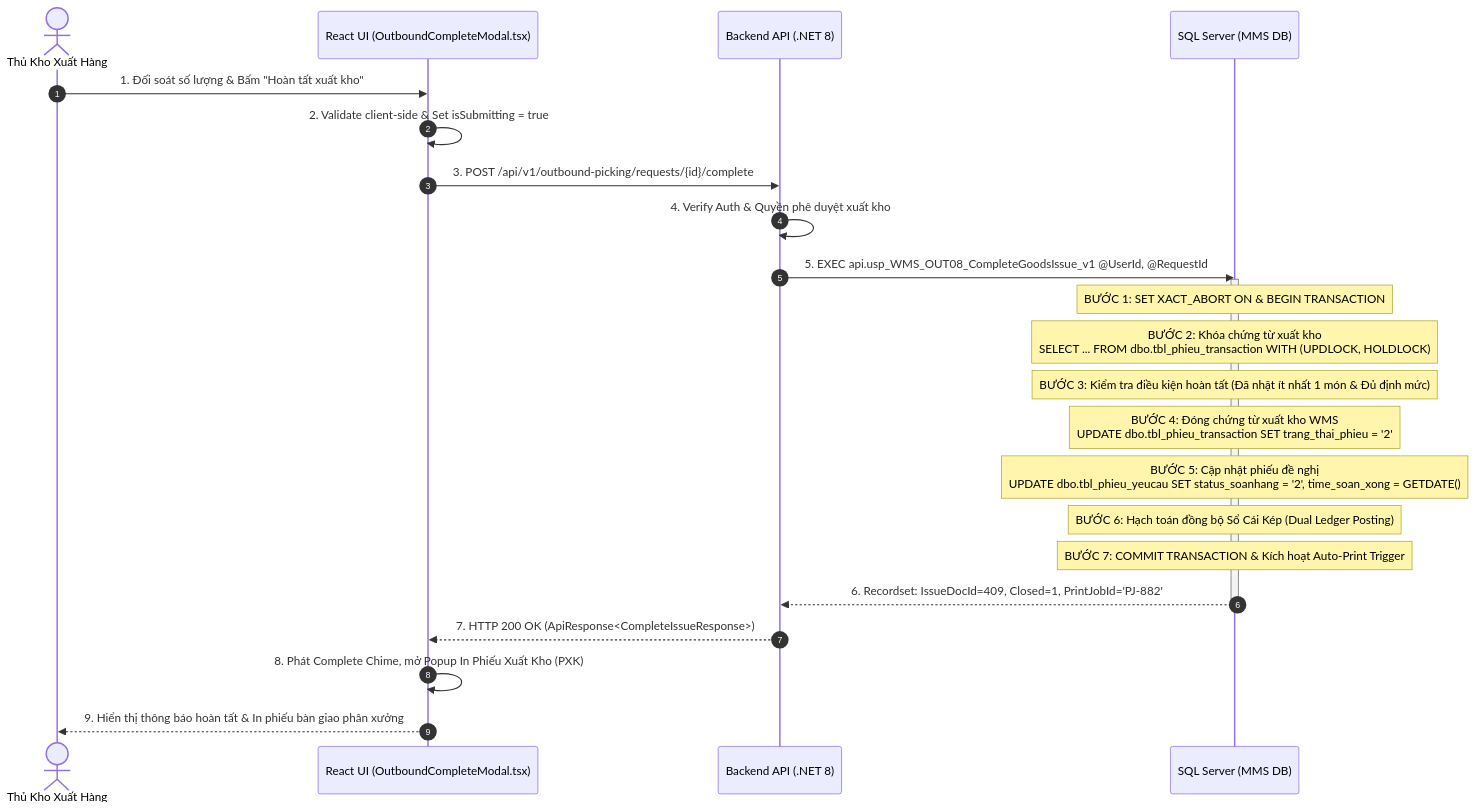
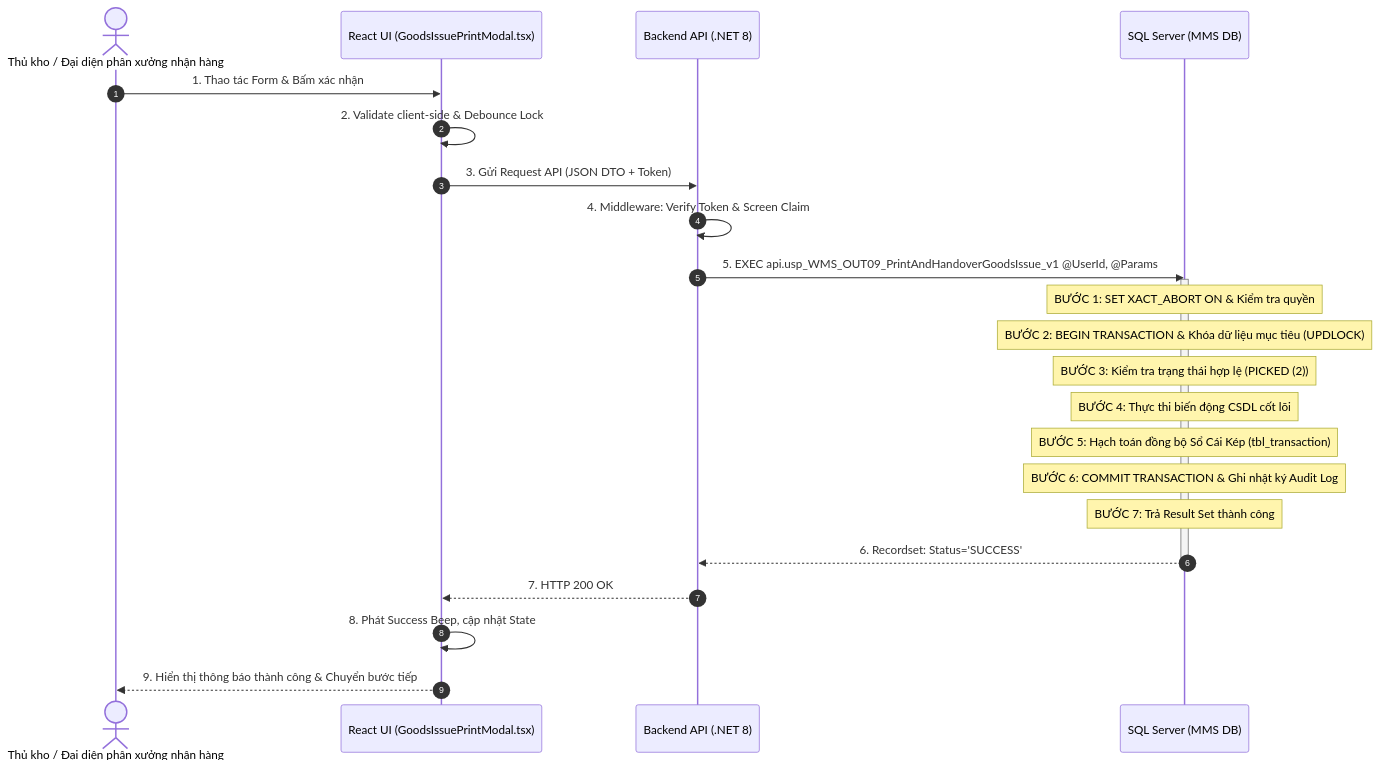
The first of 2 diagrams in docs/03-use-cases/UC-23_OUT-09.md (Sohoa-KNSG/mms), drawn with Mermaid before and after one commit. The commit also changed other lines of this file and 44 other files, not shown here.

````diff
--- a/docs/03-use-cases/UC-23_OUT-09.md
+++ b/docs/03-use-cases/UC-23_OUT-09.md
@@ -138,30 +191,30 @@
 ```mermaid
 sequenceDiagram
     autonumber
-    actor User as Thủ Kho Xuất Hàng
-    participant UI as React UI (OutboundCompleteModal.tsx)
+    actor User as Thủ kho / Đại diện phân xưởng nhận hàng
+    participant UI as React UI (GoodsIssuePrintModal.tsx)
     participant API as Backend API (.NET 8)
     participant DB as SQL Server (MMS DB)
 
-    User->>UI: 1. Đối soát số lượng & Bấm "Hoàn tất xuất kho"
-    UI->>UI: 2. Validate client-side & Set isSubmitting = true
-    UI->>API: 3. POST /api/v1/outbound-picking/requests/{id}/complete
+    User->>UI: 1. Thao tác Form & Bấm xác nhận
+    UI->>UI: 2. Validate client-side & Debounce Lock
+    UI->>API: 3. Gửi Request API (JSON DTO + Token)
     
-    API->>API: 4. Verify Auth & Quyền phê duyệt xuất kho
-    API->>DB: 5. EXEC api.usp_WMS_OUT08_CompleteGoodsIssue_v1 @UserId, @RequestId
+    API->>API: 4. Middleware: Verify Token & Screen Claim
+    API->>DB: 5. EXEC api.usp_WMS_OUT09_PrintAndHandoverGoodsIssue_v1 @UserId, @Params
     
     activate DB
-    Note over DB: BƯỚC 1: SET XACT_ABORT ON & BEGIN TRANSACTION
-    Note over DB: BƯỚC 2: Khóa chứng từ xuất kho<br/>SELECT ... FROM dbo.tbl_phieu_transaction WITH (UPDLOCK, HOLDLOCK)
-    Note over DB: BƯỚC 3: Kiểm tra điều kiện hoàn tất (Đã nhặt ít nhất 1 món & Đủ định mức)
-    Note over DB: BƯỚC 4: Đóng chứng từ xuất kho WMS<br/>UPDATE dbo.tbl_phieu_transaction SET trang_thai_phieu = '2'
-    Note over DB: BƯỚC 5: Cập nhật phiếu đề nghị<br/>UPDATE dbo.tbl_phieu_yeucau SET status_soanhang = '2', time_soan_xong = GETDATE()
-    Note over DB: BƯỚC 6: Hạch toán đồng bộ Sổ Cái Kép (Dual Ledger Posting)
-    Note over DB: BƯỚC 7: COMMIT TRANSACTION & Kích hoạt Auto-Print Trigger
-    DB-->>API: 6. Recordset: IssueDocId=409, Closed=1, PrintJobId='PJ-882'
+    Note over DB: BƯỚC 1: SET XACT_ABORT ON & Kiểm tra quyền
+    Note over DB: BƯỚC 2: BEGIN TRANSACTION & Khóa dữ liệu mục tiêu (UPDLOCK)
+    Note over DB: BƯỚC 3: Kiểm tra trạng thái hợp lệ (PICKED (2))
+    Note over DB: BƯỚC 4: Thực thi biến động CSDL cốt lõi
+    Note over DB: BƯỚC 5: Hạch toán đồng bộ Sổ Cái Kép (tbl_transaction)
+    Note over DB: BƯỚC 6: COMMIT TRANSACTION & Ghi nhật ký Audit Log
+    Note over DB: BƯỚC 7: Trả Result Set thành công
+    DB-->>API: 6. Recordset: Status='SUCCESS'
     deactivate DB
 
-    API-->>UI: 7. HTTP 200 OK (ApiResponse<CompleteIssueResponse>)
-    UI->>UI: 8. Phát Complete Chime, mở Popup In Phiếu Xuất Kho (PXK)
-    UI-->>User: 9. Hiển thị thông báo hoàn tất & In phiếu bàn giao phân xưởng
+    API-->>UI: 7. HTTP 200 OK
+    UI->>UI: 8. Phát Success Beep, cập nhật State
+    UI-->>User: 9. Hiển thị thông báo thành công & Chuyển bước tiếp
 ```
````
